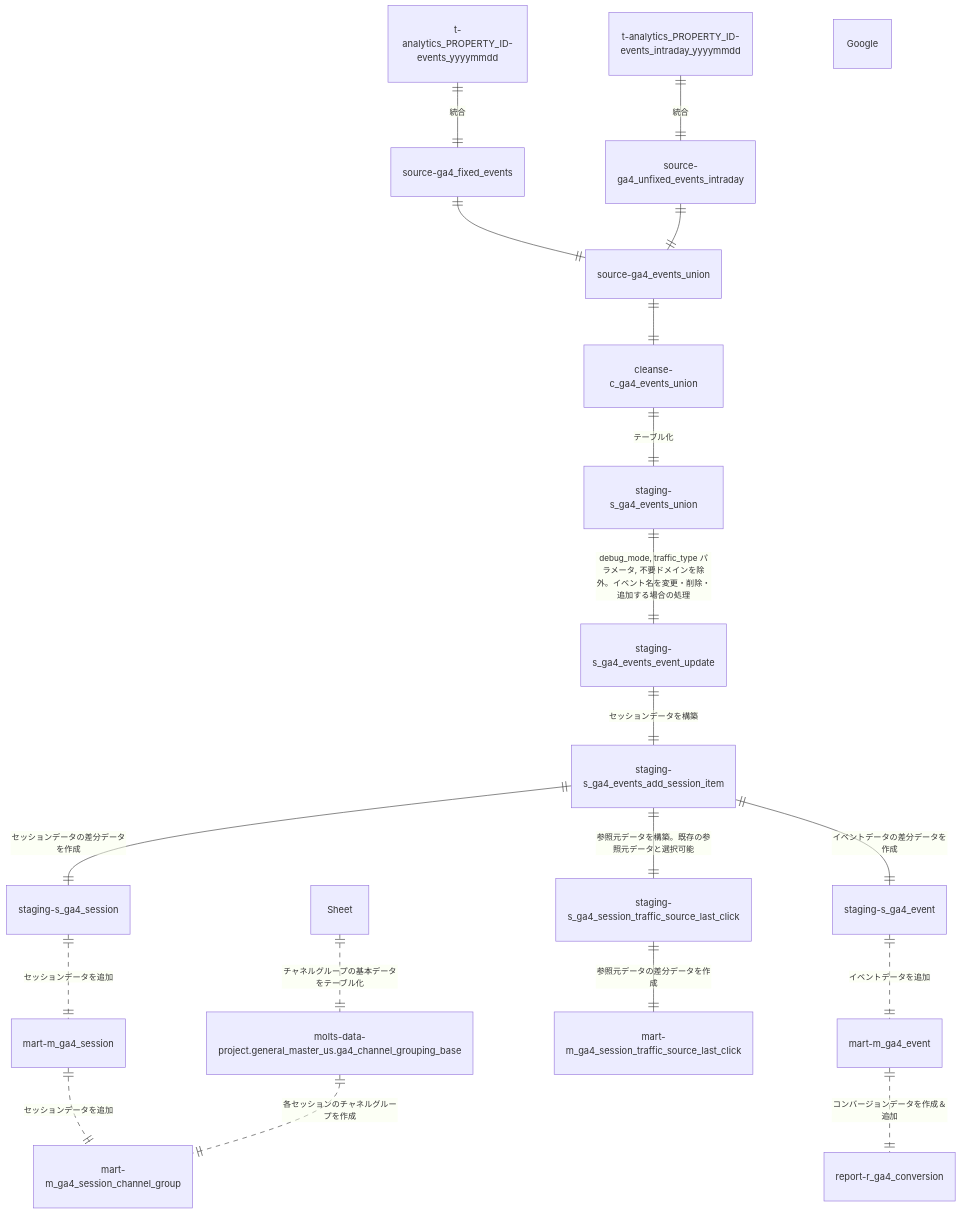
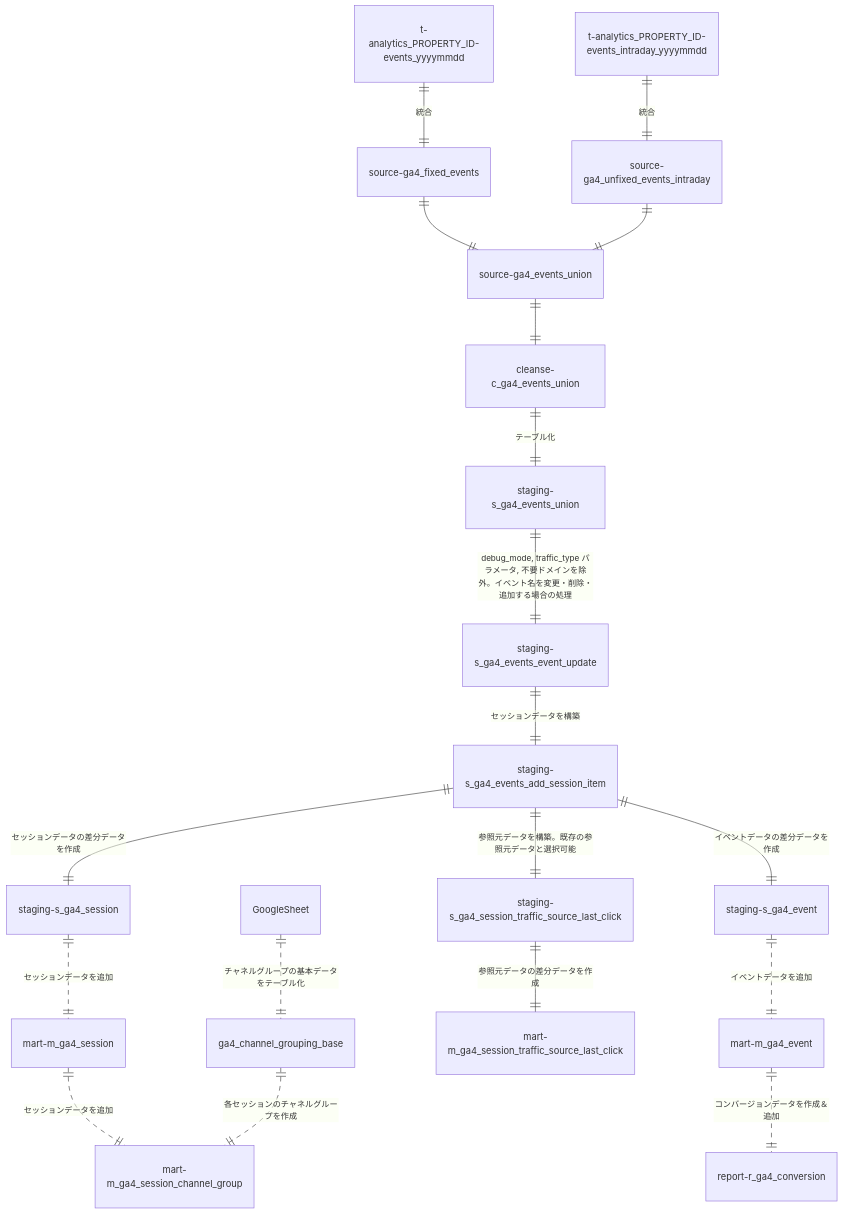
One commit to MondayTiger/molts_ga4 changed the diagram in README.md. Above: the diagram before and after it, drawn with Mermaid.

Commit message:
Data Flow

````diff
--- a/README.md
+++ b/README.md
@@ -46,40 +46,40 @@
 ```mermaid
 erDiagram
 		%% GA4のイベントデータからソースデータを構築
     t-analytics_PROPERTY_ID-events_yyyymmdd ||--|| source-ga4_fixed_events : "統合"
     t-analytics_PROPERTY_ID-events_intraday_yyyymmdd ||--|| source-ga4_unfixed_events_intraday : "統合"
     source-ga4_fixed_events ||--|| source-ga4_events_union : ""
     source-ga4_unfixed_events_intraday ||--|| source-ga4_events_union : ""
 
 		%% ソースデータをクレンジング
     source-ga4_events_union ||--|| cleanse-c_ga4_events_union : ""
 
 		%% クレンジングしたデータ量が多すぎるのと、後続の処理が複雑でBigQuery上で処理できないため、テーブル化
     cleanse-c_ga4_events_union ||--|| staging-s_ga4_events_union : "テーブル化"
 
 		%% 内部アクセスを除外、イベント名を変更・削除・追加する場合の処理
     staging-s_ga4_events_union ||--|| staging-s_ga4_events_event_update : "debug_mode, traffic_type パラメータ, 不要ドメインを除外。イベント名を変更・削除・追加する場合の処理"
 
 		%% 参照元やエンゲージメントなどセッションデータを構築
     staging-s_ga4_events_event_update ||--|| staging-s_ga4_events_add_session_item : "セッションデータを構築"
 
 		%% 各データマートに追加する差分データを構築
     staging-s_ga4_events_add_session_item ||--|| staging-s_ga4_session : "セッションデータの差分データを作成"
     staging-s_ga4_events_add_session_item ||--|| staging-s_ga4_event : "イベントデータの差分データを作成"
 
     %% session_traffic_source_last_clickカラムから参照元データを別途作成
     staging-s_ga4_events_add_session_item ||--|| staging-s_ga4_session_traffic_source_last_click : "参照元データを構築。既存の参照元データと選択可能"
 
 		%% 蓄積済みの各データマートにデータを投入
     staging-s_ga4_session ||..|| mart-m_ga4_session : "セッションデータを追加"
     staging-s_ga4_event ||..|| mart-m_ga4_event : "イベントデータを追加"
     staging-s_ga4_session_traffic_source_last_click ||--|| mart-m_ga4_session_traffic_source_last_click : "参照元データの差分データを作成"
 
     %% セッションデータからチャネルグループを各セッションごとに作成
     mart-m_ga4_session ||..|| mart-m_ga4_session_channel_group : "セッションデータを追加"
-    Google Sheet ||..|| molts-data-project.general_master_us.ga4_channel_grouping_base : "チャネルグループの基本データをテーブル化"
-    molts-data-project.general_master_us.ga4_channel_grouping_base ||..|| mart-m_ga4_session_channel_group : "各セッションのチャネルグループを作成"
+    GoogleSheet ||..|| ga4_channel_grouping_base : "チャネルグループの基本データをテーブル化"
+    ga4_channel_grouping_base ||..|| mart-m_ga4_session_channel_group : "各セッションのチャネルグループを作成"
 
     %% コンバージョン用データマートにデータを投入
     mart-m_ga4_event||..|| report-r_ga4_conversion : "コンバージョンデータを作成＆追加"
 ```
````
